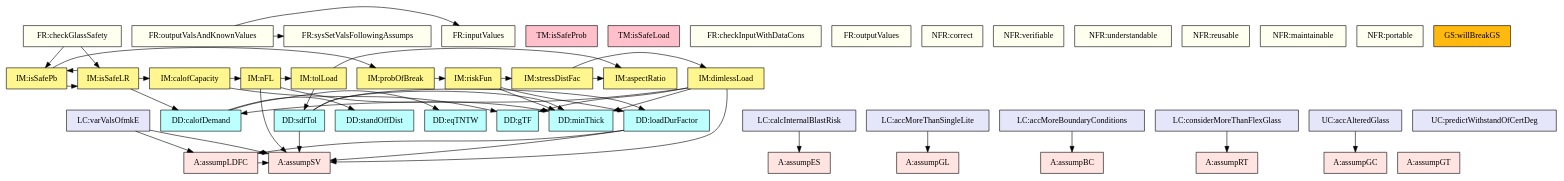
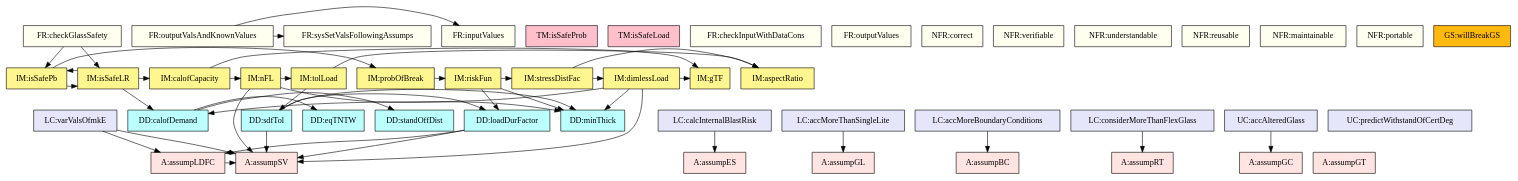
One commit to JacquesCarette/Drasil changed the diagram in code/stable/glassbr/TraceyGraph/allvsall.dot. Above: the diagram before and after it, drawn with Graphviz. The commit also changed 37 other files, not shown here.

```diff
--- a/code/stable/glassbr/TraceyGraph/allvsall.dot
+++ b/code/stable/glassbr/TraceyGraph/allvsall.dot
@@ -1,134 +1,134 @@
 digraph allvsall {
 	assumpLDFC -> assumpSV;
 	loadDurFactor -> assumpSV;
 	loadDurFactor -> assumpLDFC;
 	sdfTol -> assumpSV;
 	sdfTol -> minThick;
 	sdfTol -> loadDurFactor;
 	demandq -> stdOffDist;
 	demandq -> eqTNTChar;
 	riskFun -> minThick;
 	riskFun -> loadDurFactor;
 	riskFun -> stressDistFac;
 	stressDistFac -> dimlessLoad;
 	stressDistFac -> aR;
 	nFL -> assumpSV;
 	nFL -> minThick;
 	nFL -> tolLoad;
 	dimlessLoad -> assumpSV;
 	dimlessLoad -> minThick;
+	dimlessLoad -> demandq;
 	dimlessLoad -> glassTypeFac;
-	dimlessLoad -> demandq;
 	tolLoad -> sdfTol;
 	tolLoad -> aR;
 	probBr -> riskFun;
+	lResistance -> nFL;
 	lResistance -> glassTypeFac;
-	lResistance -> nFL;
 	isSafePb -> probBr;
 	isSafePb -> isSafeLR;
 	isSafeLR -> demandq;
 	isSafeLR -> lResistance;
 	isSafeLR -> isSafePb;
 	outputValsAndKnownValues -> inputValues;
 	outputValsAndKnownValues -> sysSetValsFollowingAssumps;
 	checkGlassSafety -> isSafePb;
 	checkGlassSafety -> isSafeLR;
 	calcInternalBlastRisk -> assumpES;
 	varValsOfmkE -> assumpSV;
 	varValsOfmkE -> assumpLDFC;
 	accMoreThanSingleLite -> assumpGL;
 	accMoreBoundaryConditions -> assumpBC;
 	considerMoreThanFlexGlass -> assumpRT;
 	accAlteredGlass -> assumpGC;
 
 
 	assumpGT	[shape=box, color=black, style=filled, fillcolor=mistyrose, label="A:assumpGT"];
 	assumpGC	[shape=box, color=black, style=filled, fillcolor=mistyrose, label="A:assumpGC"];
 	assumpES	[shape=box, color=black, style=filled, fillcolor=mistyrose, label="A:assumpES"];
 	assumpSV	[shape=box, color=black, style=filled, fillcolor=mistyrose, label="A:assumpSV"];
 	assumpGL	[shape=box, color=black, style=filled, fillcolor=mistyrose, label="A:assumpGL"];
 	assumpBC	[shape=box, color=black, style=filled, fillcolor=mistyrose, label="A:assumpBC"];
 	assumpRT	[shape=box, color=black, style=filled, fillcolor=mistyrose, label="A:assumpRT"];
 	assumpLDFC	[shape=box, color=black, style=filled, fillcolor=mistyrose, label="A:assumpLDFC"];
 
 	subgraph A {
 	rank="same"
 	{assumpGT, assumpGC, assumpES, assumpSV, assumpGL, assumpBC, assumpRT, assumpLDFC}
 	}
 
 	minThick	[shape=box, color=black, style=filled, fillcolor=paleturquoise1, label="DD:minThick"];
 	loadDurFactor	[shape=box, color=black, style=filled, fillcolor=paleturquoise1, label="DD:loadDurFactor"];
-	glassTypeFac	[shape=box, color=black, style=filled, fillcolor=paleturquoise1, label="DD:gTF"];
 	sdfTol	[shape=box, color=black, style=filled, fillcolor=paleturquoise1, label="DD:sdfTol"];
 	stdOffDist	[shape=box, color=black, style=filled, fillcolor=paleturquoise1, label="DD:standOffDist"];
 	eqTNTChar	[shape=box, color=black, style=filled, fillcolor=paleturquoise1, label="DD:eqTNTW"];
 	demandq	[shape=box, color=black, style=filled, fillcolor=paleturquoise1, label="DD:calofDemand"];
 
 	subgraph DD {
 	rank="same"
-	{minThick, loadDurFactor, glassTypeFac, sdfTol, stdOffDist, eqTNTChar, demandq}
+	{minThick, loadDurFactor, sdfTol, stdOffDist, eqTNTChar, demandq}
 	}
 
 	isSafeProb	[shape=box, color=black, style=filled, fillcolor=pink, label="TM:isSafeProb"];
 	isSafeLoad	[shape=box, color=black, style=filled, fillcolor=pink, label="TM:isSafeLoad"];
 
 	subgraph TM {
 	rank="same"
 	{isSafeProb, isSafeLoad}
 	}
 
 	riskFun	[shape=box, color=black, style=filled, fillcolor=khaki1, label="IM:riskFun"];
 	stressDistFac	[shape=box, color=black, style=filled, fillcolor=khaki1, label="IM:stressDistFac"];
 	nFL	[shape=box, color=black, style=filled, fillcolor=khaki1, label="IM:nFL"];
+	glassTypeFac	[shape=box, color=black, style=filled, fillcolor=khaki1, label="IM:gTF"];
 	dimlessLoad	[shape=box, color=black, style=filled, fillcolor=khaki1, label="IM:dimlessLoad"];
 	tolLoad	[shape=box, color=black, style=filled, fillcolor=khaki1, label="IM:tolLoad"];
 	aR	[shape=box, color=black, style=filled, fillcolor=khaki1, label="IM:aspectRatio"];
 	probBr	[shape=box, color=black, style=filled, fillcolor=khaki1, label="IM:probOfBreak"];
 	lResistance	[shape=box, color=black, style=filled, fillcolor=khaki1, label="IM:calofCapacity"];
 	isSafePb	[shape=box, color=black, style=filled, fillcolor=khaki1, label="IM:isSafePb"];
 	isSafeLR	[shape=box, color=black, style=filled, fillcolor=khaki1, label="IM:isSafeLR"];
 
 	subgraph IM {
 	rank="same"
-	{riskFun, stressDistFac, nFL, dimlessLoad, tolLoad, aR, probBr, lResistance, isSafePb, isSafeLR}
+	{riskFun, stressDistFac, nFL, glassTypeFac, dimlessLoad, tolLoad, aR, probBr, lResistance, isSafePb, isSafeLR}
 	}
 
 	inputValues	[shape=box, color=black, style=filled, fillcolor=ivory, label="FR:inputValues"];
 	sysSetValsFollowingAssumps	[shape=box, color=black, style=filled, fillcolor=ivory, label="FR:sysSetValsFollowingAssumps"];
 	checkInputWithDataCons	[shape=box, color=black, style=filled, fillcolor=ivory, label="FR:checkInputWithDataCons"];
 	outputValsAndKnownValues	[shape=box, color=black, style=filled, fillcolor=ivory, label="FR:outputValsAndKnownValues"];
 	checkGlassSafety	[shape=box, color=black, style=filled, fillcolor=ivory, label="FR:checkGlassSafety"];
 	outputValues	[shape=box, color=black, style=filled, fillcolor=ivory, label="FR:outputValues"];
 	correct	[shape=box, color=black, style=filled, fillcolor=ivory, label="NFR:correct"];
 	verifiable	[shape=box, color=black, style=filled, fillcolor=ivory, label="NFR:verifiable"];
 	understandable	[shape=box, color=black, style=filled, fillcolor=ivory, label="NFR:understandable"];
 	reusable	[shape=box, color=black, style=filled, fillcolor=ivory, label="NFR:reusable"];
 	maintainable	[shape=box, color=black, style=filled, fillcolor=ivory, label="NFR:maintainable"];
 	portable	[shape=box, color=black, style=filled, fillcolor=ivory, label="NFR:portable"];
 
 	subgraph FR {
 	rank="same"
 	{inputValues, sysSetValsFollowingAssumps, checkInputWithDataCons, outputValsAndKnownValues, checkGlassSafety, outputValues, correct, verifiable, understandable, reusable, maintainable, portable}
 	}
 
 	willBreakGS	[shape=box, color=black, style=filled, fillcolor=darkgoldenrod1, label="GS:willBreakGS"];
 
 	subgraph GS {
 	rank="same"
 	{willBreakGS}
 	}
 
 	calcInternalBlastRisk	[shape=box, color=black, style=filled, fillcolor=lavender, label="LC:calcInternalBlastRisk"];
 	varValsOfmkE	[shape=box, color=black, style=filled, fillcolor=lavender, label="LC:varValsOfmkE"];
 	accMoreThanSingleLite	[shape=box, color=black, style=filled, fillcolor=lavender, label="LC:accMoreThanSingleLite"];
 	accMoreBoundaryConditions	[shape=box, color=black, style=filled, fillcolor=lavender, label="LC:accMoreBoundaryConditions"];
 	considerMoreThanFlexGlass	[shape=box, color=black, style=filled, fillcolor=lavender, label="LC:considerMoreThanFlexGlass"];
 	predictWithstandOfCertDeg	[shape=box, color=black, style=filled, fillcolor=lavender, label="UC:predictWithstandOfCertDeg"];
 	accAlteredGlass	[shape=box, color=black, style=filled, fillcolor=lavender, label="UC:accAlteredGlass"];
 
 	subgraph LC {
 	rank="same"
 	{calcInternalBlastRisk, varValsOfmkE, accMoreThanSingleLite, accMoreBoundaryConditions, considerMoreThanFlexGlass, predictWithstandOfCertDeg, accAlteredGlass}
 	}
 
 }
```
